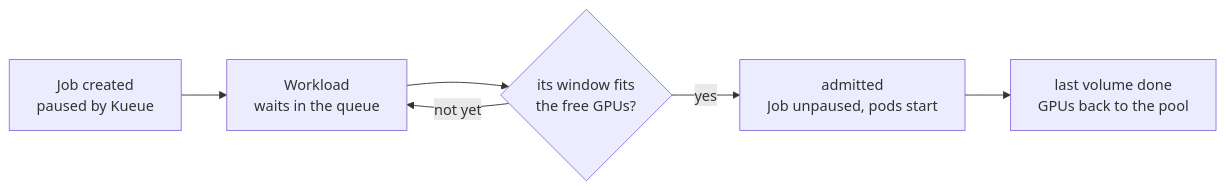
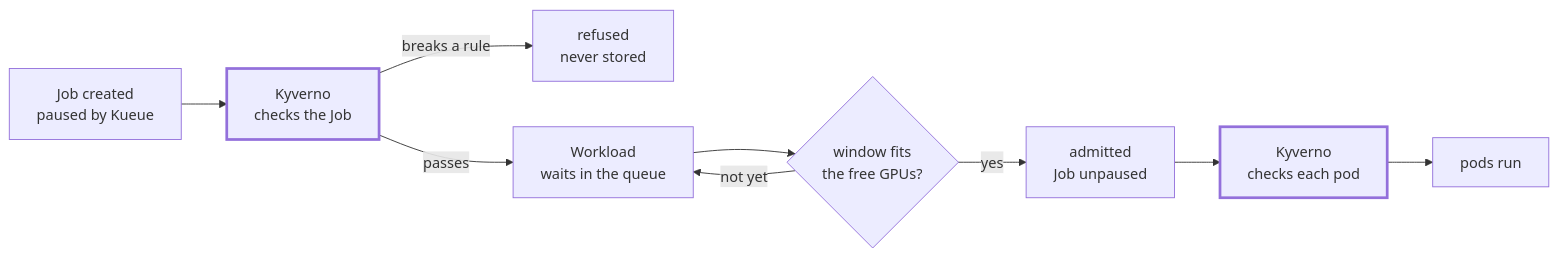
Before and after one commit to AI-Riksarkivet/htrflow-batch: the diagram in docs/slides/assets/part-1-from-one-folder-to-the-archive-3.mmd, drawn with Mermaid. The commit also changed 2 other files, not shown here.

Commit message:
docs(slides): show where Kyverno checks on the way to the GPUs
The Kueue slide in part 1 draws both checks: Kyverno refuses a bad Job
before it is stored, so it never reaches the queue, and checks each pod
again after admission, where image signatures are verified. The notes
cover the order (Kueue's mutating webhook before Kyverno's validation) and
the rare admitted-but-refused-pod case.

Claude-Session: https://claude.ai/code/session_01HGkpuggZmaB7oiGwzxD1JG

```diff
--- a/docs/slides/assets/part-1-from-one-folder-to-the-archive-3.mmd
+++ b/docs/slides/assets/part-1-from-one-folder-to-the-archive-3.mmd
@@ -1,9 +1,16 @@
 flowchart LR
   J["Job created<br/>paused by Kueue"]
+  K1["Kyverno<br/>checks the Job"]
+  REFUSED["refused<br/>never stored"]
   W["Workload<br/>waits in the queue"]
-  Q{"its window fits<br/>the free GPUs?"}
-  R["admitted<br/>Job unpaused, pods start"]
-  D["last volume done<br/>GPUs back to the pool"]
-  J --> W --> Q
-  Q -->|"yes"| R --> D
+  Q{"window fits<br/>the free GPUs?"}
+  R["admitted<br/>Job unpaused"]
+  K2["Kyverno<br/>checks each pod"]
+  P["pods run"]
+  J --> K1
+  K1 -->|"breaks a rule"| REFUSED
+  K1 -->|"passes"| W --> Q
   Q -->|"not yet"| W
+  Q -->|"yes"| R --> K2 --> P
+  style K1 stroke-width:3px
+  style K2 stroke-width:3px
```
